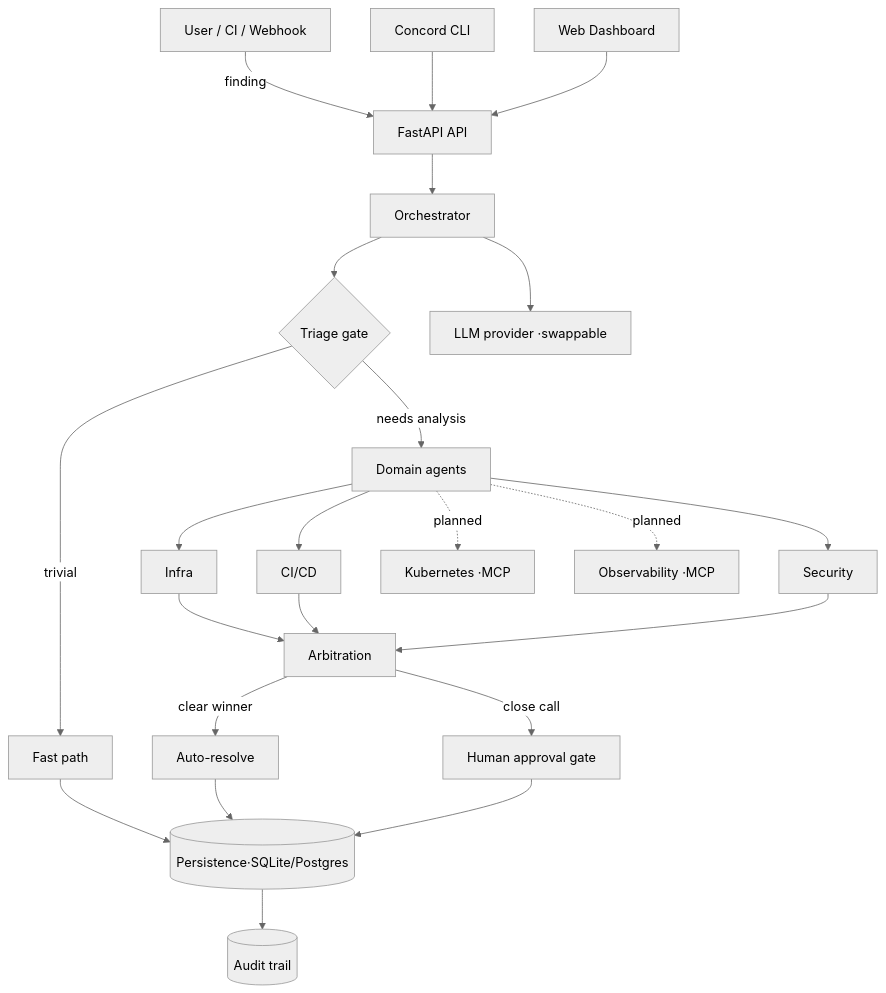
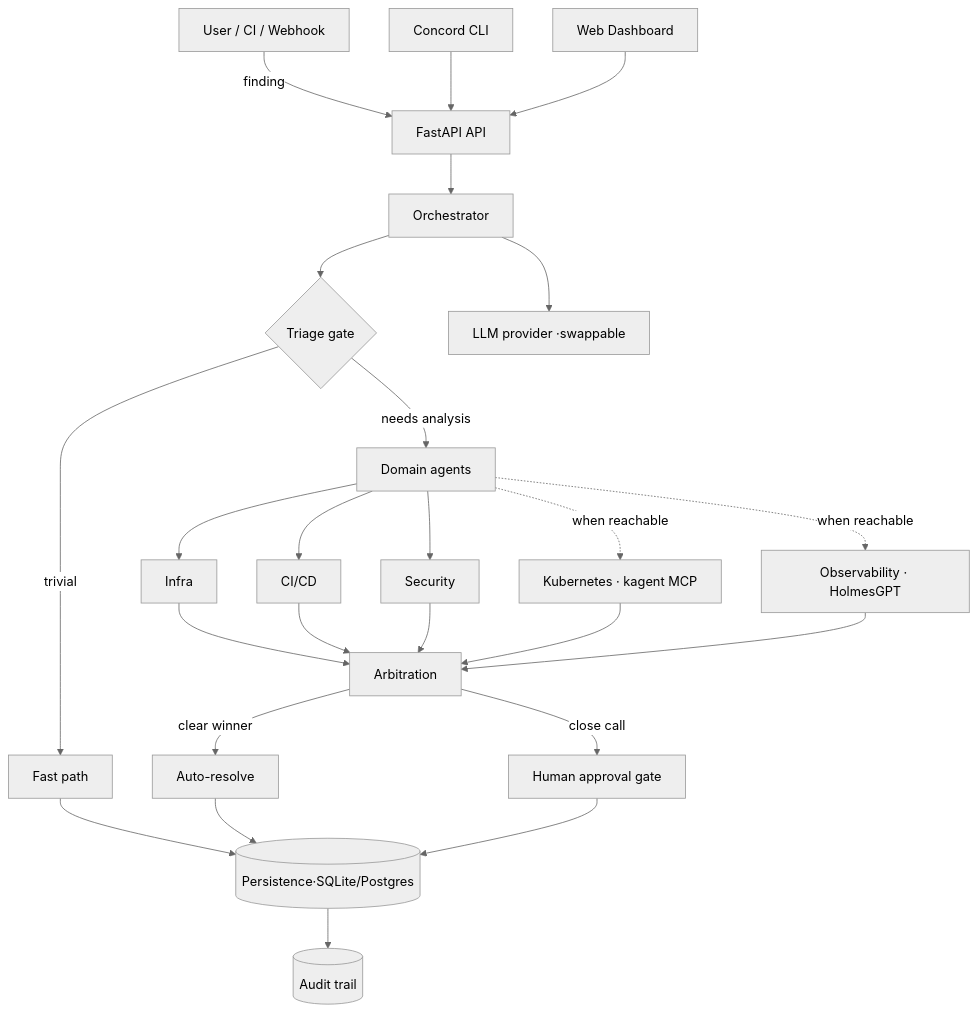
One commit to BeyondBug/Concord changed the diagram in README.md. Above: the diagram before and after it, drawn with Mermaid (neutral theme). The commit also changed other lines of this file and 12 other files, not shown here.

````diff
--- a/README.md
+++ b/README.md
@@ -58,21 +58,21 @@
 ```mermaid
 flowchart TD
     U[User / CI / Webhook] -->|finding| API[FastAPI API]
     CLI[Concord CLI] --> API
     DASH[Web Dashboard] --> API
     API --> ORCH[Orchestrator]
     ORCH --> TRIAGE{Triage gate}
     TRIAGE -->|trivial| FAST[Fast path]
     TRIAGE -->|needs analysis| AGENTS[Domain agents]
     AGENTS --> INFRA[Infra]
     AGENTS --> CICD[CI/CD]
     AGENTS --> SEC[Security]
-    AGENTS -. planned .-> K8S[Kubernetes ·MCP]
-    AGENTS -. planned .-> OBS[Observability ·MCP]
-    INFRA & CICD & SEC --> ARB[Arbitration]
+    AGENTS -. when reachable .-> K8S[Kubernetes · kagent MCP]
+    AGENTS -. when reachable .-> OBS[Observability · HolmesGPT]
+    INFRA & CICD & SEC & K8S & OBS --> ARB[Arbitration]
     ARB -->|clear winner| RESOLVE[Auto-resolve]
     ARB -->|close call| APPROVE[Human approval gate]
     FAST & RESOLVE & APPROVE --> STORE[(Persistence·SQLite/Postgres)]
     STORE --> AUDIT[(Audit trail)]
     ORCH --> LLM[LLM provider ·swappable]
 ```
````
